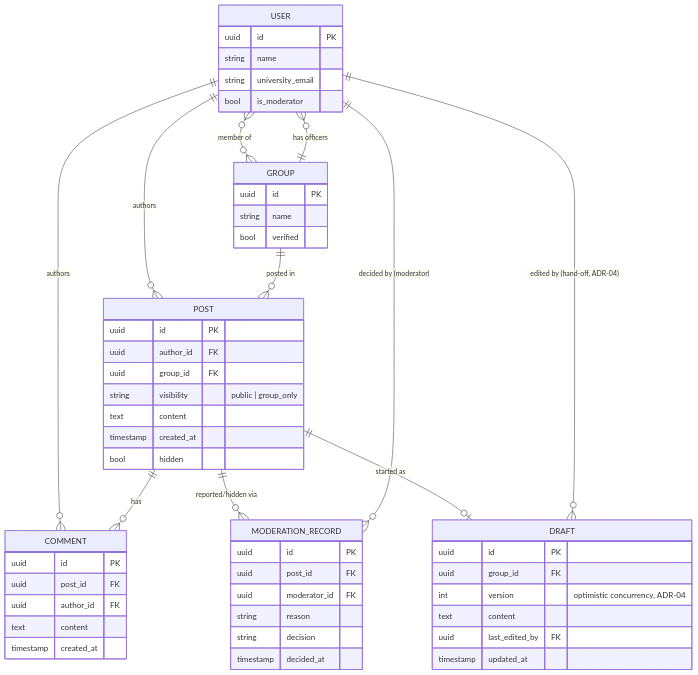
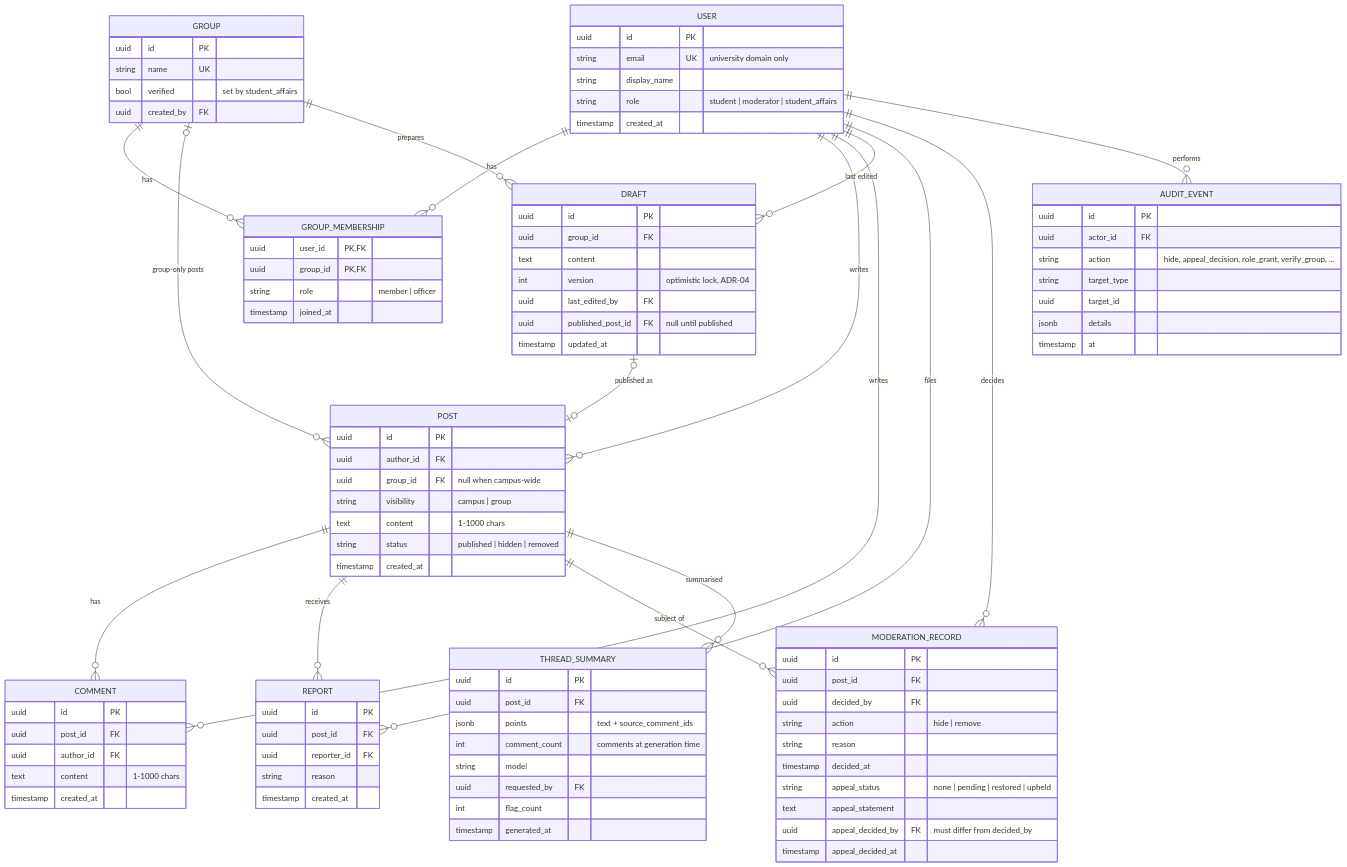
Before and after one commit to omar07ibrahim/campus-social-network: the diagram in docs/architecture/diagrams/er-diagram.md, drawn with Mermaid. The commit also changed other lines of this file and 7 other files, not shown here.

````diff
--- a/docs/architecture/diagrams/er-diagram.md
+++ b/docs/architecture/diagrams/er-diagram.md
@@ -6,57 +6,101 @@
 ```mermaid
 erDiagram
-    USER ||--o{ POST : authors
-    USER ||--o{ COMMENT : authors
-    USER }o--o{ GROUP : "member of"
-    GROUP ||--o{ POST : "posted in"
-    GROUP ||--o{ USER : "has officers"
+    USER ||--o{ GROUP_MEMBERSHIP : has
+    GROUP ||--o{ GROUP_MEMBERSHIP : has
+    USER ||--o{ POST : writes
+    GROUP |o--o{ POST : "group-only posts"
     POST ||--o{ COMMENT : has
-    POST ||--o{ MODERATION_RECORD : "reported/hidden via"
-    USER ||--o{ MODERATION_RECORD : "decided by (moderator)"
-    POST ||--o| DRAFT : "started as"
-    USER ||--o{ DRAFT : "edited by (hand-off, ADR-04)"
+    USER ||--o{ COMMENT : writes
+    GROUP ||--o{ DRAFT : prepares
+    USER ||--o{ DRAFT : "last edited"
+    DRAFT |o--o| POST : "published as"
+    POST ||--o{ REPORT : receives
+    USER ||--o{ REPORT : files
+    POST ||--o{ MODERATION_RECORD : "subject of"
+    USER ||--o{ MODERATION_RECORD : decides
+    POST ||--o{ THREAD_SUMMARY : summarised
+    USER ||--o{ AUDIT_EVENT : performs
 
     USER {
         uuid id PK
-        string name
-        string university_email
-        bool is_moderator
+        string email UK "university domain only"
+        string display_name
+        string role "student | moderator | student_affairs"
+        timestamp created_at
     }
     GROUP {
         uuid id PK
-        string name
-        bool verified
+        string name UK
+        bool verified "set by student_affairs"
+        uuid created_by FK
+    }
+    GROUP_MEMBERSHIP {
+        uuid user_id PK, FK
+        uuid group_id PK, FK
+        string role "member | officer"
+        timestamp joined_at
     }
     POST {
         uuid id PK
         uuid author_id FK
-        uuid group_id FK
-        string visibility "public | group_only"
-        text content
+        uuid group_id FK "null when campus-wide"
+        string visibility "campus | group"
+        text content "1-1000 chars"
+        string status "published | hidden | removed"
         timestamp created_at
-        bool hidden
     }
     COMMENT {
         uuid id PK
         uuid post_id FK
         uuid author_id FK
+        text content "1-1000 chars"
+        timestamp created_at
+    }
+    DRAFT {
+        uuid id PK
+        uuid group_id FK
         text content
+        int version "optimistic lock, ADR-04"
+        uuid last_edited_by FK
+        uuid published_post_id FK "null until published"
+        timestamp updated_at
+    }
+    REPORT {
+        uuid id PK
+        uuid post_id FK
+        uuid reporter_id FK
+        string reason
         timestamp created_at
     }
     MODERATION_RECORD {
         uuid id PK
         uuid post_id FK
-        uuid moderator_id FK
+        uuid decided_by FK
+        string action "hide | remove"
         string reason
-        string decision
         timestamp decided_at
+        string appeal_status "none | pending | restored | upheld"
+        text appeal_statement
+        uuid appeal_decided_by FK "must differ from decided_by"
+        timestamp appeal_decided_at
     }
-    DRAFT {
+    THREAD_SUMMARY {
         uuid id PK
-        uuid group_id FK
-        int version "optimistic concurrency, ADR-04"
-        text content
-        uuid last_edited_by FK
-        timestamp updated_at
+        uuid post_id FK
+        jsonb points "text + source_comment_ids"
+        int comment_count "comments at generation time"
+        string model
+        uuid requested_by FK
+        int flag_count
+        timestamp generated_at
+    }
+    AUDIT_EVENT {
+        uuid id PK
+        uuid actor_id FK
+        string action "hide, appeal_decision, role_grant, verify_group, ..."
+        string target_type
+        uuid target_id
+        jsonb details
+        timestamp at
     }
 ```
````
